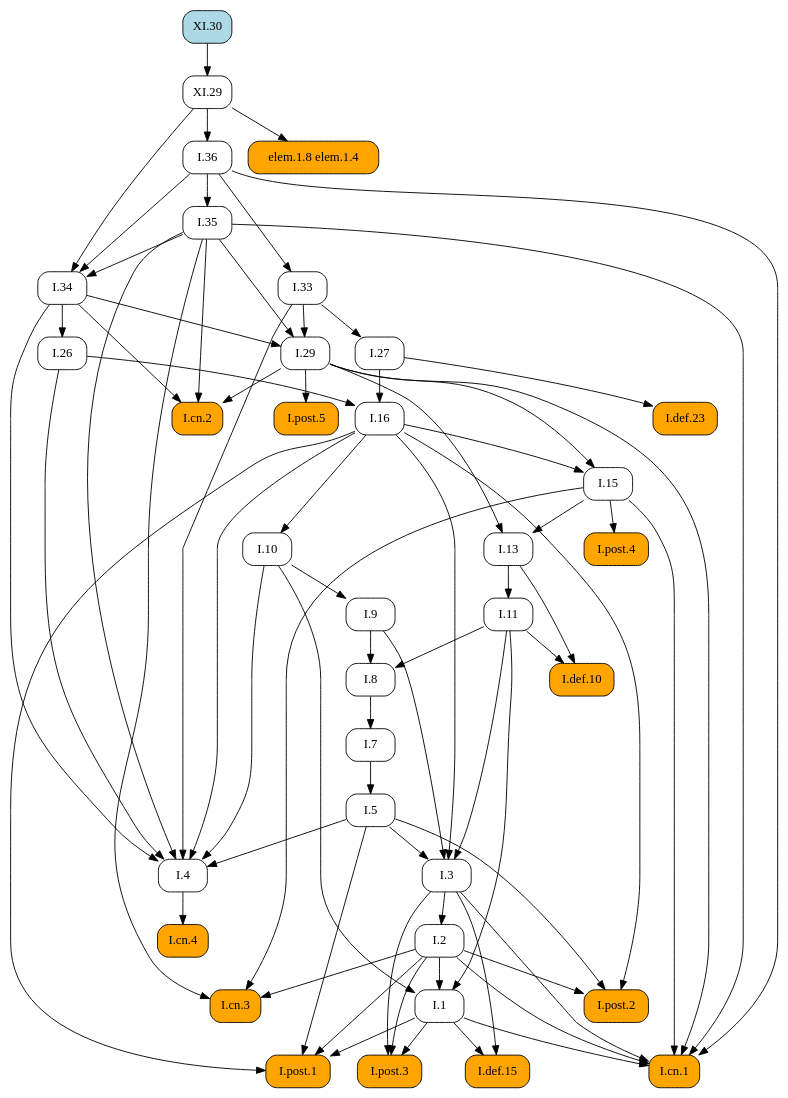
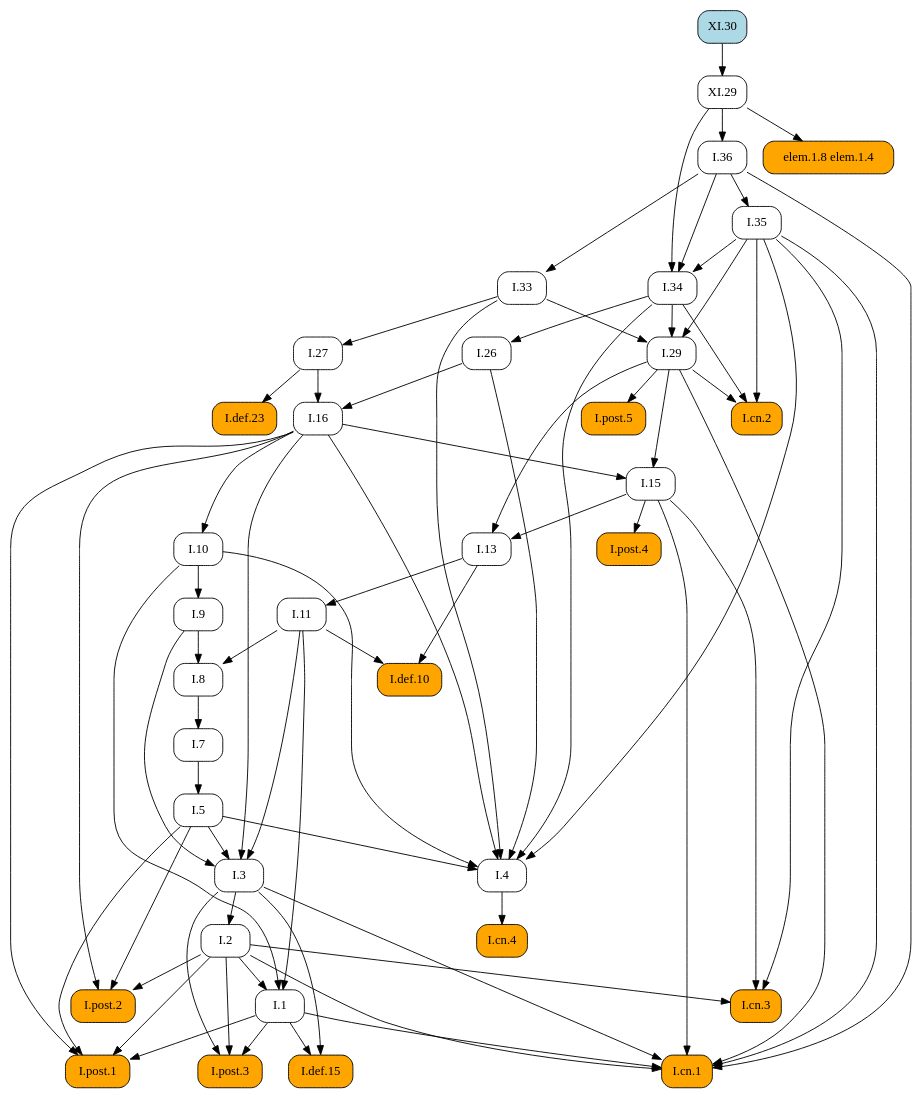
One commit to geometor/elements changed the diagram in docsrc/heath/XI/30/index.rst. Above: the diagram before and after it, drawn with Graphviz. The commit also changed other lines of this file and 484 other files, not shown here.

```diff
--- a/docsrc/heath/XI/30/index.rst
+++ b/docsrc/heath/XI/30/index.rst
@@ -37,60 +37,64 @@
    digraph {
      rankdir="TB";
      node [shape=box, style=rounded];
-     "I.def.10" [style="rounded,filled", fillcolor=orange, URL="/heath/I/def.10/", target="_top"];
-     "I.11" [URL="/heath/I/11/", target="_top"];
-     "I.post.4" [style="rounded,filled", fillcolor=orange, URL="/heath/I/post.4/", target="_top"];
-     "I.1" [URL="/heath/I/1/", target="_top"];
-     "I.26" [URL="/heath/I/26/", target="_top"];
-     "I.29" [URL="/heath/I/29/", target="_top"];
-     "I.cn.2" [style="rounded,filled", fillcolor=orange, URL="/heath/I/cn.2/", target="_top"];
-     "XI.30" [style="rounded,filled", fillcolor=lightblue, URL="/heath/XI/30/", target="_top"];
+     "I.9" [URL="/heath/I/9/", target="_top"];
+     "I.33" [URL="/heath/I/33/", target="_top"];
      "I.def.15" [style="rounded,filled", fillcolor=orange, URL="/heath/I/def.15/", target="_top"];
      "I.post.3" [style="rounded,filled", fillcolor=orange, URL="/heath/I/post.3/", target="_top"];
-     "I.cn.1" [style="rounded,filled", fillcolor=orange, URL="/heath/I/cn.1/", target="_top"];
-     "I.cn.3" [style="rounded,filled", fillcolor=orange, URL="/heath/I/cn.3/", target="_top"];
-     "XI.29" [URL="/heath/XI/29/", target="_top"];
      "I.post.1" [style="rounded,filled", fillcolor=orange, URL="/heath/I/post.1/", target="_top"];
-     "I.35" [URL="/heath/I/35/", target="_top"];
-     "I.36" [URL="/heath/I/36/", target="_top"];
+     "I.def.10" [style="rounded,filled", fillcolor=orange, URL="/heath/I/def.10/", target="_top"];
+     "elem.1.8 elem.1.4" [style="rounded,filled", fillcolor=orange];
      "I.27" [URL="/heath/I/27/", target="_top"];
-     "I.7" [URL="/heath/I/7/", target="_top"];
      "I.34" [URL="/heath/I/34/", target="_top"];
      "I.3" [URL="/heath/I/3/", target="_top"];
+     "I.35" [URL="/heath/I/35/", target="_top"];
+     "I.cn.1" [style="rounded,filled", fillcolor=orange, URL="/heath/I/cn.1/", target="_top"];
+     "I.7" [URL="/heath/I/7/", target="_top"];
      "I.2" [URL="/heath/I/2/", target="_top"];
+     "I.36" [URL="/heath/I/36/", target="_top"];
+     "I.13" [URL="/heath/I/13/", target="_top"];
+     "I.post.4" [style="rounded,filled", fillcolor=orange, URL="/heath/I/post.4/", target="_top"];
      "I.4" [URL="/heath/I/4/", target="_top"];
+     "I.1" [URL="/heath/I/1/", target="_top"];
+     "I.5" [URL="/heath/I/5/", target="_top"];
+     "I.8" [URL="/heath/I/8/", target="_top"];
+     "I.cn.3" [style="rounded,filled", fillcolor=orange, URL="/heath/I/cn.3/", target="_top"];
+     "I.29" [URL="/heath/I/29/", target="_top"];
+     "I.16" [URL="/heath/I/16/", target="_top"];
+     "I.15" [URL="/heath/I/15/", target="_top"];
+     "XI.29" [URL="/heath/XI/29/", target="_top"];
+     "I.10" [URL="/heath/I/10/", target="_top"];
+     "I.11" [URL="/heath/I/11/", target="_top"];
      "I.def.23" [style="rounded,filled", fillcolor=orange, URL="/heath/I/def.23/", target="_top"];
-     "elem.1.8 elem.1.4" [style="rounded,filled", fillcolor=orange];
-     "I.13" [URL="/heath/I/13/", target="_top"];
-     "I.33" [URL="/heath/I/33/", target="_top"];
+     "I.cn.2" [style="rounded,filled", fillcolor=orange, URL="/heath/I/cn.2/", target="_top"];
+     "I.post.5" [style="rounded,filled", fillcolor=orange, URL="/heath/I/post.5/", target="_top"];
+     "I.cn.4" [style="rounded,filled", fillcolor=orange, URL="/heath/I/cn.4/", target="_top"];
      "I.post.2" [style="rounded,filled", fillcolor=orange, URL="/heath/I/post.2/", target="_top"];
-     "I.16" [URL="/heath/I/16/", target="_top"];
-     "I.9" [URL="/heath/I/9/", target="_top"];
-     "I.8" [URL="/heath/I/8/", target="_top"];
-     "I.cn.4" [style="rounded,filled", fillcolor=orange, URL="/heath/I/cn.4/", target="_top"];
-     "I.15" [URL="/heath/I/15/", target="_top"];
-     "I.post.5" [style="rounded,filled", fillcolor=orange, URL="/heath/I/post.5/", target="_top"];
-     "I.10" [URL="/heath/I/10/", target="_top"];
-     "I.5" [URL="/heath/I/5/", target="_top"];
-     "I.11" -> "I.def.10";
-     "I.13" -> "I.def.10";
-     "I.13" -> "I.11";
-     "I.15" -> "I.post.4";
-     "I.2" -> "I.1";
-     "I.10" -> "I.1";
-     "I.11" -> "I.1";
-     "I.34" -> "I.26";
-     "I.33" -> "I.29";
-     "I.34" -> "I.29";
-     "I.35" -> "I.29";
-     "I.29" -> "I.cn.2";
-     "I.34" -> "I.cn.2";
-     "I.35" -> "I.cn.2";
+     "I.26" [URL="/heath/I/26/", target="_top"];
+     "XI.30" [style="rounded,filled", fillcolor=lightblue, URL="/heath/XI/30/", target="_top"];
+     "I.10" -> "I.9";
+     "I.36" -> "I.33";
      "I.1" -> "I.def.15";
      "I.3" -> "I.def.15";
      "I.1" -> "I.post.3";
      "I.2" -> "I.post.3";
      "I.3" -> "I.post.3";
+     "I.1" -> "I.post.1";
+     "I.2" -> "I.post.1";
+     "I.5" -> "I.post.1";
+     "I.16" -> "I.post.1";
+     "I.11" -> "I.def.10";
+     "I.13" -> "I.def.10";
+     "XI.29" -> "elem.1.8 elem.1.4";
+     "I.33" -> "I.27";
+     "I.35" -> "I.34";
+     "I.36" -> "I.34";
+     "XI.29" -> "I.34";
+     "I.5" -> "I.3";
+     "I.9" -> "I.3";
+     "I.11" -> "I.3";
+     "I.16" -> "I.3";
+     "I.36" -> "I.35";
      "I.1" -> "I.cn.1";
      "I.2" -> "I.cn.1";
      "I.3" -> "I.cn.1";
@@ -98,26 +102,12 @@
      "I.29" -> "I.cn.1";
      "I.35" -> "I.cn.1";
      "I.36" -> "I.cn.1";
-     "I.2" -> "I.cn.3";
-     "I.15" -> "I.cn.3";
-     "I.35" -> "I.cn.3";
-     "XI.30" -> "XI.29";
-     "I.1" -> "I.post.1";
-     "I.2" -> "I.post.1";
-     "I.5" -> "I.post.1";
-     "I.16" -> "I.post.1";
-     "I.36" -> "I.35";
+     "I.8" -> "I.7";
+     "I.3" -> "I.2";
      "XI.29" -> "I.36";
-     "I.33" -> "I.27";
-     "I.8" -> "I.7";
-     "I.35" -> "I.34";
-     "I.36" -> "I.34";
-     "XI.29" -> "I.34";
-     "I.5" -> "I.3";
-     "I.9" -> "I.3";
-     "I.11" -> "I.3";
-     "I.16" -> "I.3";
-     "I.3" -> "I.2";
+     "I.15" -> "I.13";
+     "I.29" -> "I.13";
+     "I.15" -> "I.post.4";
      "I.5" -> "I.4";
      "I.10" -> "I.4";
      "I.16" -> "I.4";
@@ -125,23 +115,33 @@
      "I.33" -> "I.4";
      "I.34" -> "I.4";
      "I.35" -> "I.4";
+     "I.2" -> "I.1";
+     "I.10" -> "I.1";
+     "I.11" -> "I.1";
+     "I.7" -> "I.5";
+     "I.9" -> "I.8";
+     "I.11" -> "I.8";
+     "I.2" -> "I.cn.3";
+     "I.15" -> "I.cn.3";
+     "I.35" -> "I.cn.3";
+     "I.33" -> "I.29";
+     "I.34" -> "I.29";
+     "I.35" -> "I.29";
+     "I.26" -> "I.16";
+     "I.27" -> "I.16";
+     "I.16" -> "I.15";
+     "I.29" -> "I.15";
+     "XI.30" -> "XI.29";
+     "I.16" -> "I.10";
+     "I.13" -> "I.11";
      "I.27" -> "I.def.23";
-     "XI.29" -> "elem.1.8 elem.1.4";
-     "I.15" -> "I.13";
-     "I.29" -> "I.13";
-     "I.36" -> "I.33";
+     "I.29" -> "I.cn.2";
+     "I.34" -> "I.cn.2";
+     "I.35" -> "I.cn.2";
+     "I.29" -> "I.post.5";
+     "I.4" -> "I.cn.4";
      "I.2" -> "I.post.2";
      "I.5" -> "I.post.2";
      "I.16" -> "I.post.2";
-     "I.26" -> "I.16";
-     "I.27" -> "I.16";
-     "I.10" -> "I.9";
-     "I.9" -> "I.8";
-     "I.11" -> "I.8";
-     "I.4" -> "I.cn.4";
-     "I.16" -> "I.15";
-     "I.29" -> "I.15";
-     "I.29" -> "I.post.5";
-     "I.16" -> "I.10";
-     "I.7" -> "I.5";
+     "I.34" -> "I.26";
    }
```
